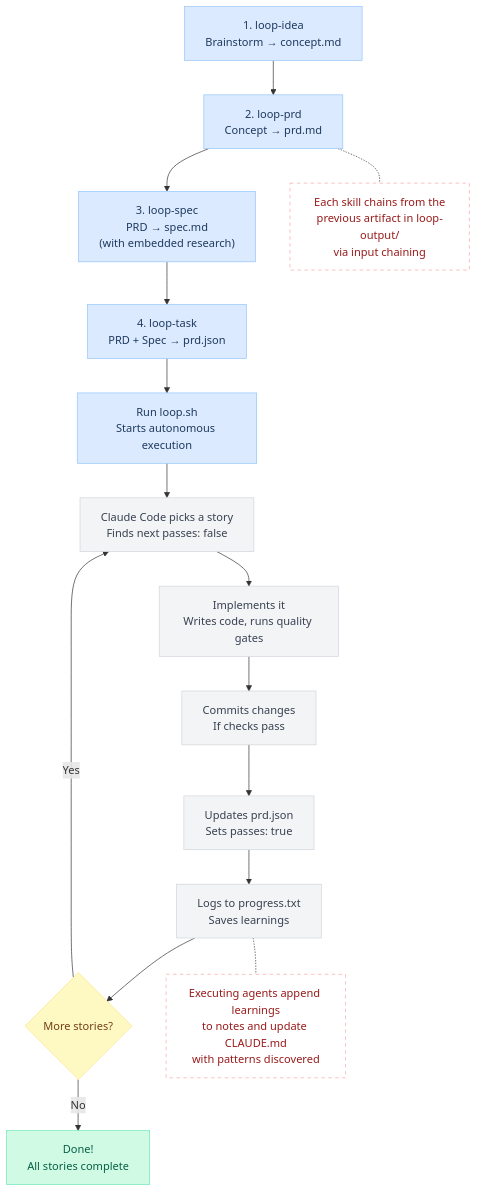
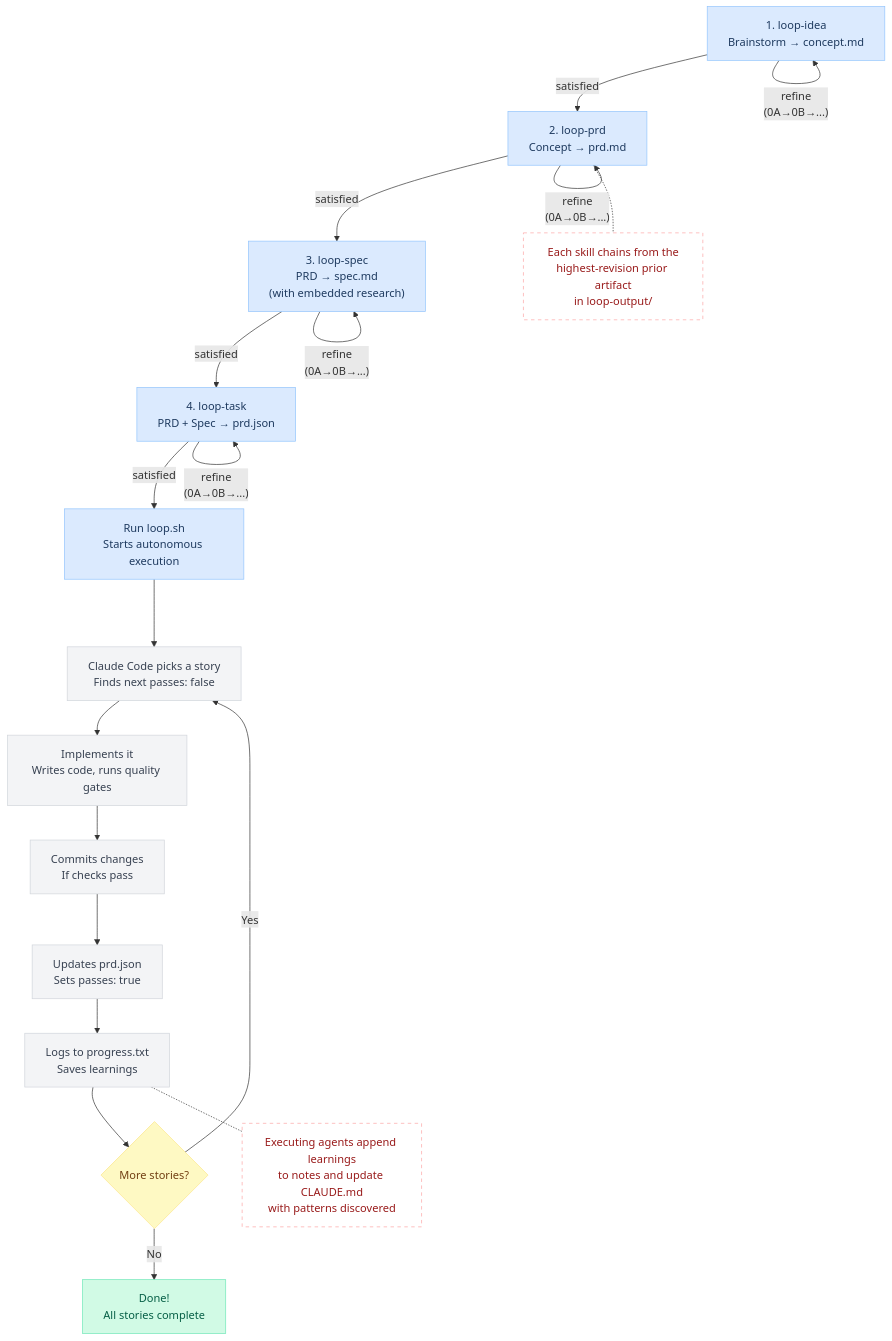
The diagram in README.md (MattH-ca/loop), drawn with Mermaid before and after one commit. The commit also changed other lines of this file, not shown here.

````diff
--- a/README.md
+++ b/README.md
@@ -15,37 +15,45 @@
 ```mermaid
 flowchart TD
     A["1. loop-idea<br/>Brainstorm → concept.md"]
     B["2. loop-prd<br/>Concept → prd.md"]
     C["3. loop-spec<br/>PRD → spec.md<br/>(with embedded research)"]
     D["4. loop-task<br/>PRD + Spec → prd.json"]
     E["Run loop.sh<br/>Starts autonomous execution"]
     F["Claude Code picks a story<br/>Finds next passes: false"]
     G["Implements it<br/>Writes code, runs quality gates"]
     H["Commits changes<br/>If checks pass"]
     I["Updates prd.json<br/>Sets passes: true"]
     J["Logs to progress.txt<br/>Saves learnings"]
     K{"More stories?"}
     L["Done!<br/>All stories complete"]
 
-    A --> B --> C --> D --> E --> F --> G --> H --> I --> J --> K
+    A -- "satisfied" --> B
+    A -- "refine<br/>(0A→0B→...)" --> A
+    B -- "satisfied" --> C
+    B -- "refine<br/>(0A→0B→...)" --> B
+    C -- "satisfied" --> D
+    C -- "refine<br/>(0A→0B→...)" --> C
+    D -- "satisfied" --> E
+    D -- "refine<br/>(0A→0B→...)" --> D
+    E --> F --> G --> H --> I --> J --> K
     K -- "Yes" --> F
     K -- "No" --> L
 
-    CHAIN["Each skill chains from the<br/>previous artifact in loop-output/<br/>via input chaining"]
+    CHAIN["Each skill chains from the<br/>highest-revision prior artifact<br/>in loop-output/"]
     LEARN["Executing agents append learnings<br/>to notes and update CLAUDE.md<br/>with patterns discovered"]
 
     B -.- CHAIN
     J -.- LEARN
 
     classDef blue fill:#dbeafe,stroke:#93c5fd,color:#1e3a5f
     classDef gray fill:#f3f4f6,stroke:#d1d5db,color:#374151
     classDef yellow fill:#fef9c3,stroke:#fde68a,color:#713f12
     classDef green fill:#d1fae5,stroke:#6ee7b7,color:#065f46
     classDef note fill:#fff,stroke:#fca5a5,stroke-dasharray:5 5,color:#991b1b
 
     class A,B,C,D,E blue
     class F,G,H,I,J gray
     class K yellow
     class L green
     class CHAIN,LEARN note
 ```
````
